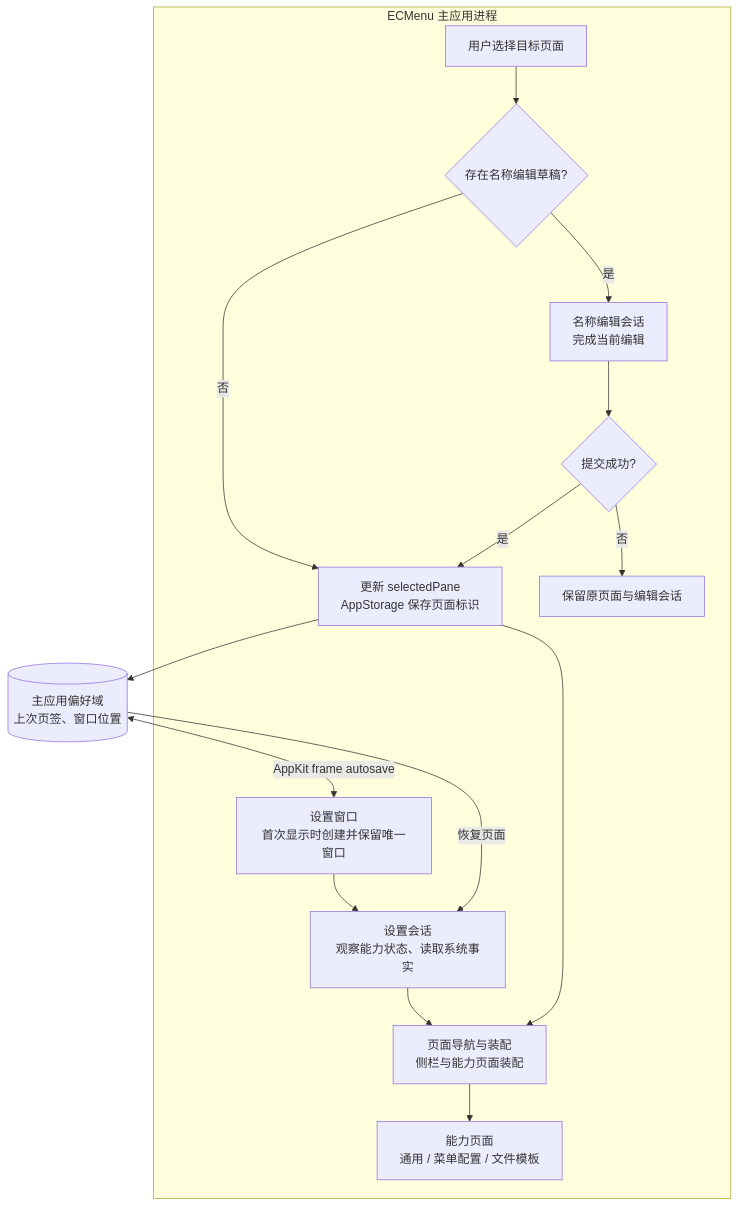
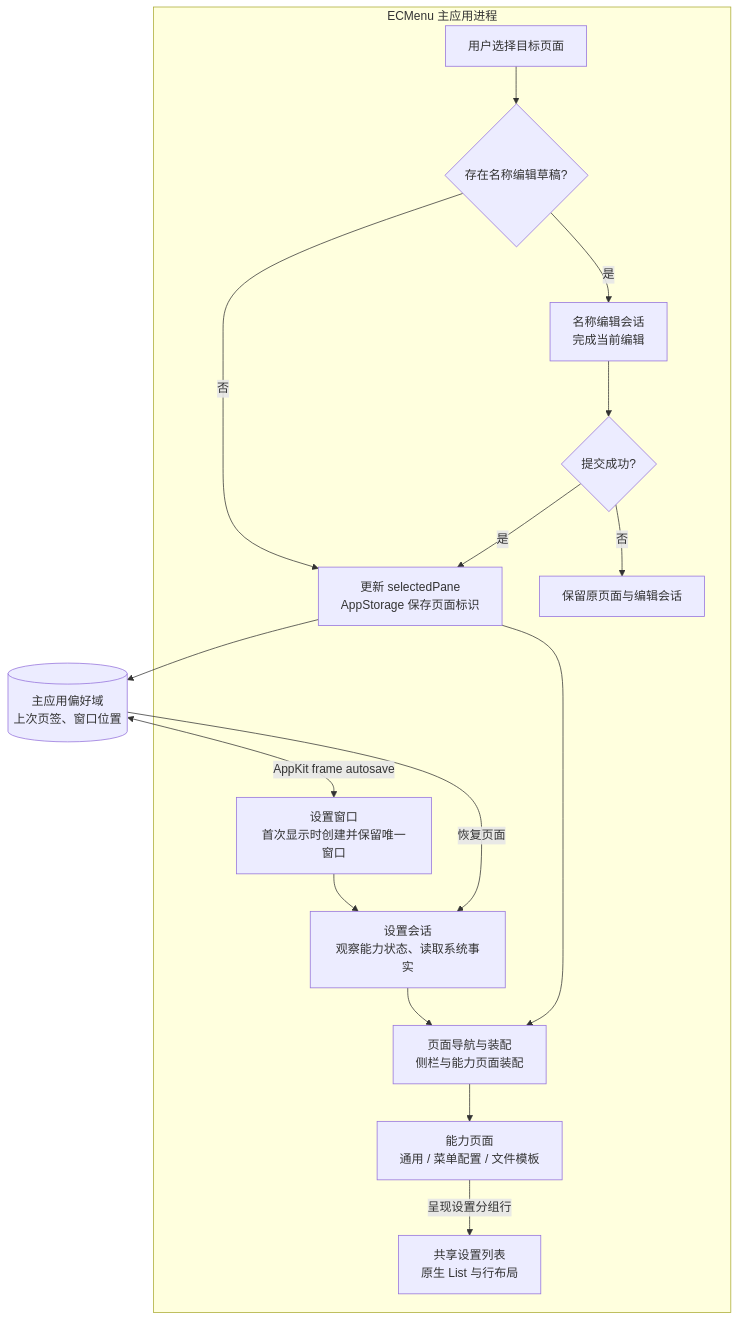
One commit to tlb-22/mac-tool-ecmenu changed the third of 3 diagrams in spec/Technical/Features/GeneralSettings.md. Above: the diagram before and after it, drawn with Mermaid. The commit also changed other lines of this file and 5 other files, not shown here.

````diff
--- a/spec/Technical/Features/GeneralSettings.md
+++ b/spec/Technical/Features/GeneralSettings.md
@@ -108,26 +108,28 @@
 ```mermaid
 flowchart TB
     subgraph app[ECMenu 主应用进程]
         window[设置窗口<br/>首次显示时创建并保留唯一窗口]
         session[设置会话<br/>观察能力状态、读取系统事实]
         shell[页面导航与装配<br/>侧栏与能力页面装配]
         choice[用户选择目标页面]
         editing{存在名称编辑草稿?}
         finish[名称编辑会话<br/>完成当前编辑]
         success{提交成功?}
         selection[更新 selectedPane<br/>AppStorage 保存页面标识]
         remain[保留原页面与编辑会话]
         pages[能力页面<br/>通用 / 菜单配置 / 文件模板]
+        lists[共享设置列表<br/>原生 List 与行布局]
         window --> session --> shell --> pages
+        pages -->|呈现设置分组行| lists
         choice --> editing
         editing -->|否| selection
         editing -->|是| finish --> success
         success -->|是| selection
         success -->|否| remain
         selection --> shell
     end
     defaults[(主应用偏好域<br/>上次页签、窗口位置)]
     defaults -->|恢复页面| session
     selection --> defaults
     defaults <-->|AppKit frame autosave| window
 ```
````
